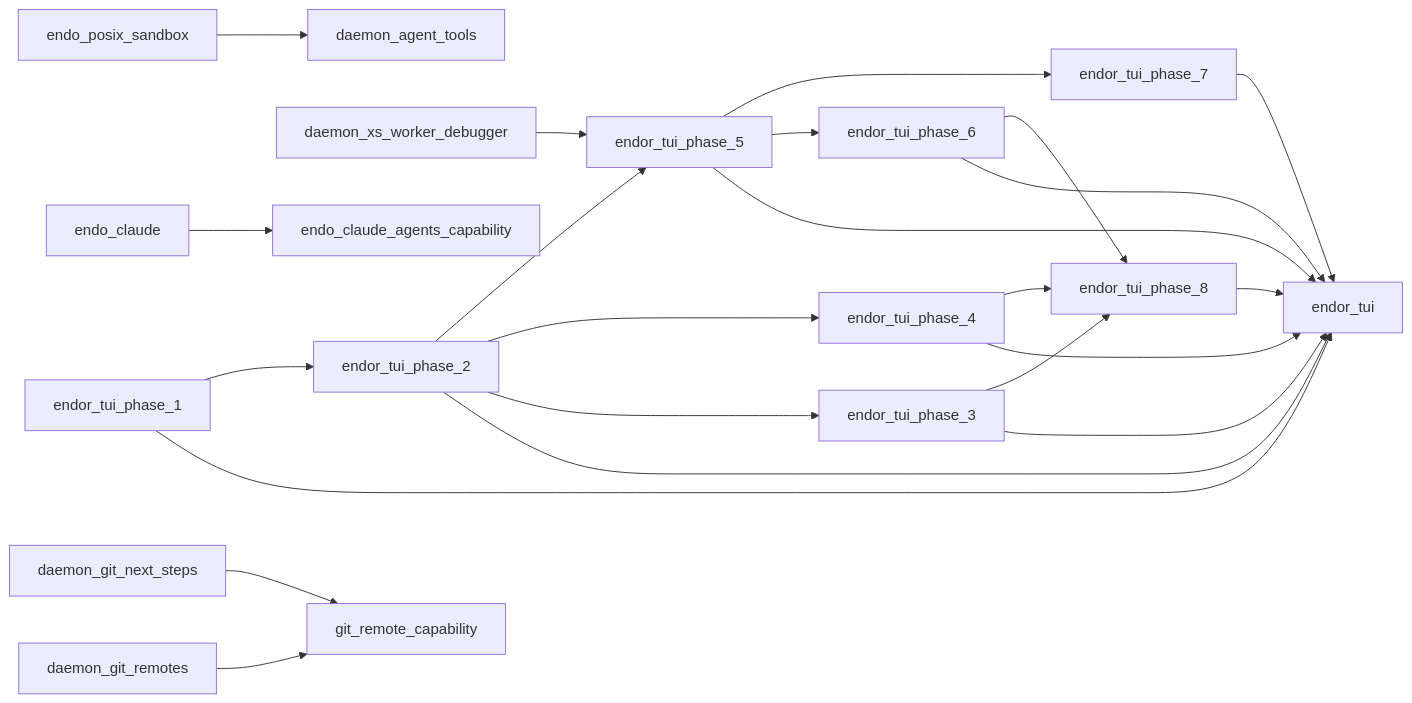
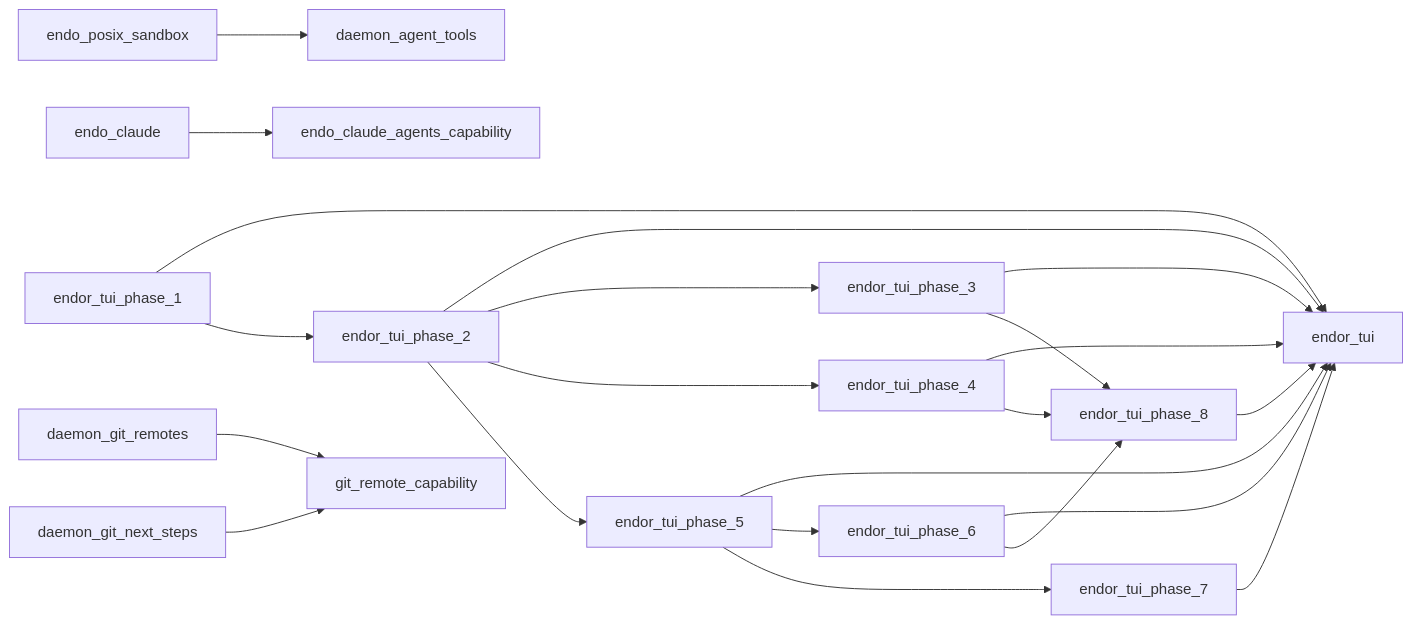
One commit to kriscendobot/garden changed the diagram in plan/README.md. Above: the diagram before and after it, drawn with Mermaid.

Commit message:
plan: re-render roadmap view from records

````diff
--- a/plan/README.md
+++ b/plan/README.md
@@ -194,25 +194,24 @@
 ```mermaid
 flowchart LR
   endor_tui_phase_1 --> endor_tui
   endor_tui_phase_2 --> endor_tui
   endor_tui_phase_3 --> endor_tui
   endor_tui_phase_4 --> endor_tui
   endor_tui_phase_5 --> endor_tui
   endor_tui_phase_6 --> endor_tui
   endor_tui_phase_7 --> endor_tui
   endor_tui_phase_8 --> endor_tui
   endor_tui_phase_1 --> endor_tui_phase_2
   endor_tui_phase_2 --> endor_tui_phase_3
   endor_tui_phase_2 --> endor_tui_phase_4
   endor_tui_phase_2 --> endor_tui_phase_5
-  daemon_xs_worker_debugger --> endor_tui_phase_5
   endor_tui_phase_5 --> endor_tui_phase_6
   endor_tui_phase_5 --> endor_tui_phase_7
   endor_tui_phase_3 --> endor_tui_phase_8
   endor_tui_phase_4 --> endor_tui_phase_8
   endor_tui_phase_6 --> endor_tui_phase_8
   endo_posix_sandbox --> daemon_agent_tools
   endo_claude --> endo_claude_agents_capability
   daemon_git_remotes --> git_remote_capability
   daemon_git_next_steps --> git_remote_capability
 ```
````
